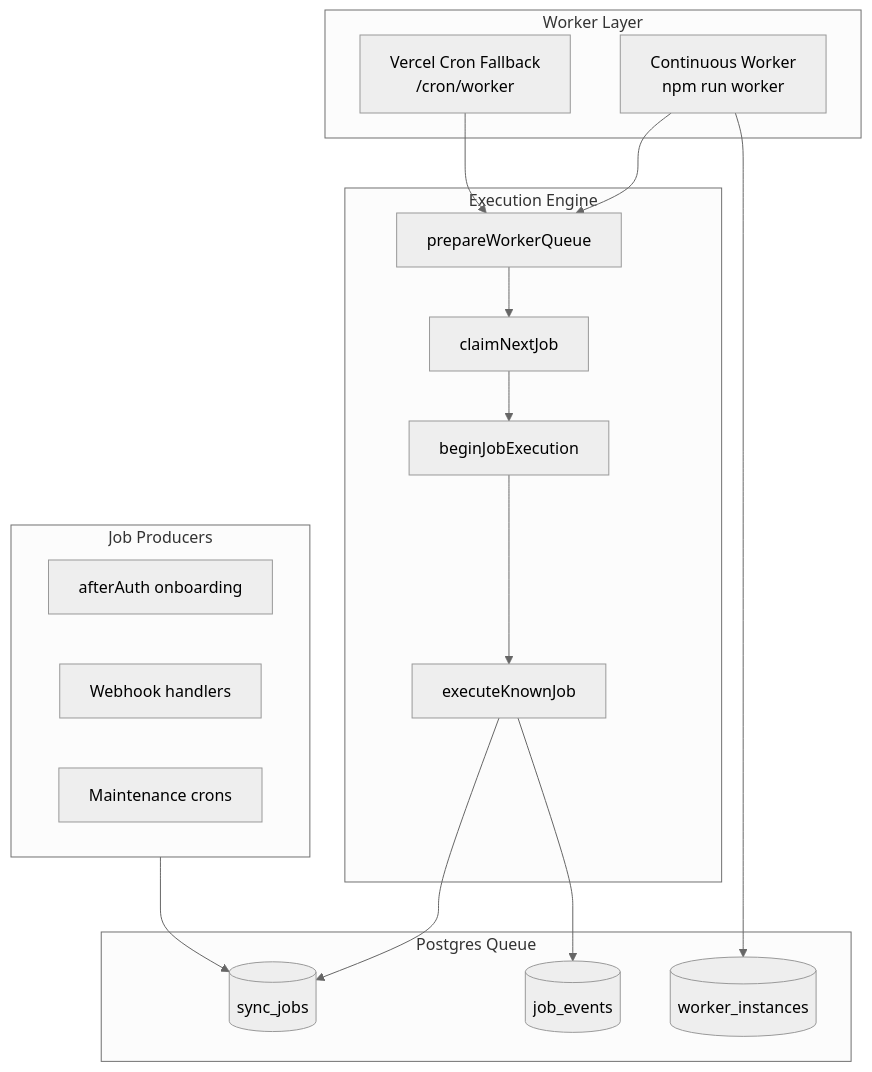
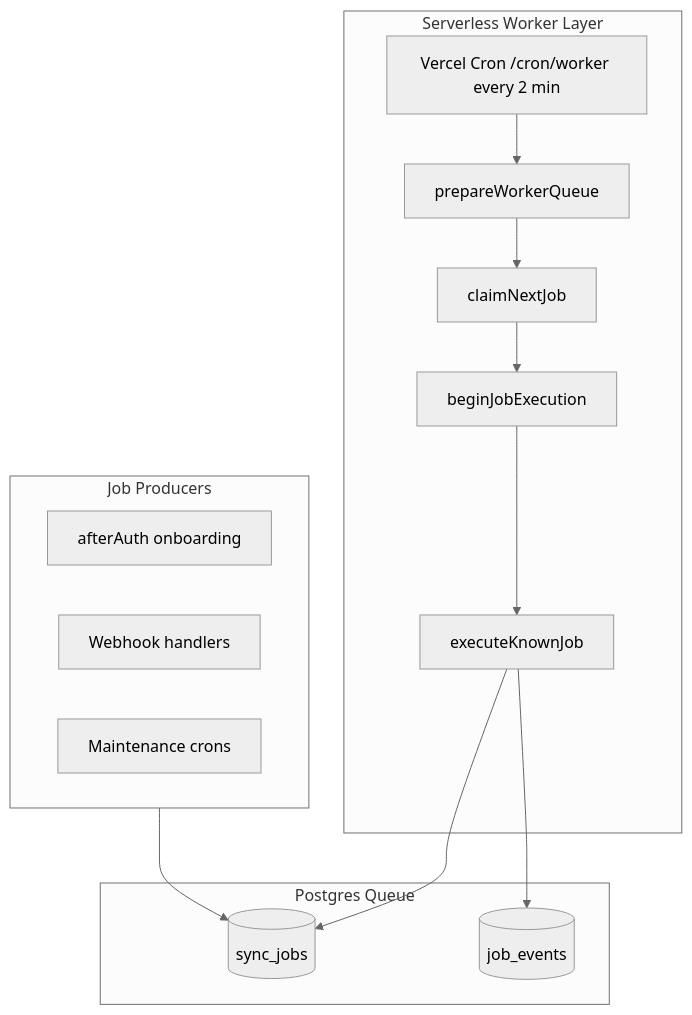
One commit to businessleadintelligence/StorePilot changed the diagram in store-pilot/docs/WORKER_ARCHITECTURE.md. Above: the diagram before and after it, drawn with Mermaid (neutral theme). The commit also changed other lines of this file and 31 other files, not shown here.

First line of the commit message:
RC3.5: align production for Vercel serverless cron architecture.

````diff
--- a/store-pilot/docs/WORKER_ARCHITECTURE.md
+++ b/store-pilot/docs/WORKER_ARCHITECTURE.md
@@ -12,36 +12,29 @@
 ```mermaid
 flowchart TB
     subgraph producers [Job Producers]
         OAuth[afterAuth onboarding]
         Webhooks[Webhook handlers]
         CronDispatch[Maintenance crons]
     end
 
     subgraph queue [Postgres Queue]
         SJ[(sync_jobs)]
         JE[(job_events)]
-        WI[(worker_instances)]
     end
 
-    subgraph workers [Worker Layer]
-        CW[Continuous Worker<br/>npm run worker]
-        CRON[Vercel Cron Fallback<br/>/cron/worker]
-    end
-
-    subgraph execution [Execution Engine]
+    subgraph execution [Serverless Worker Layer]
+        CRON[Vercel Cron /cron/worker every 2 min]
         PREP[prepareWorkerQueue]
         CLAIM[claimNextJob]
         BEGIN[beginJobExecution]
         EXEC[executeKnownJob]
     end
 
     producers --> SJ
-    CW --> PREP
     CRON --> PREP
     PREP --> CLAIM
     CLAIM --> BEGIN
     BEGIN --> EXEC
     EXEC --> SJ
     EXEC --> JE
-    CW --> WI
 ```
````
